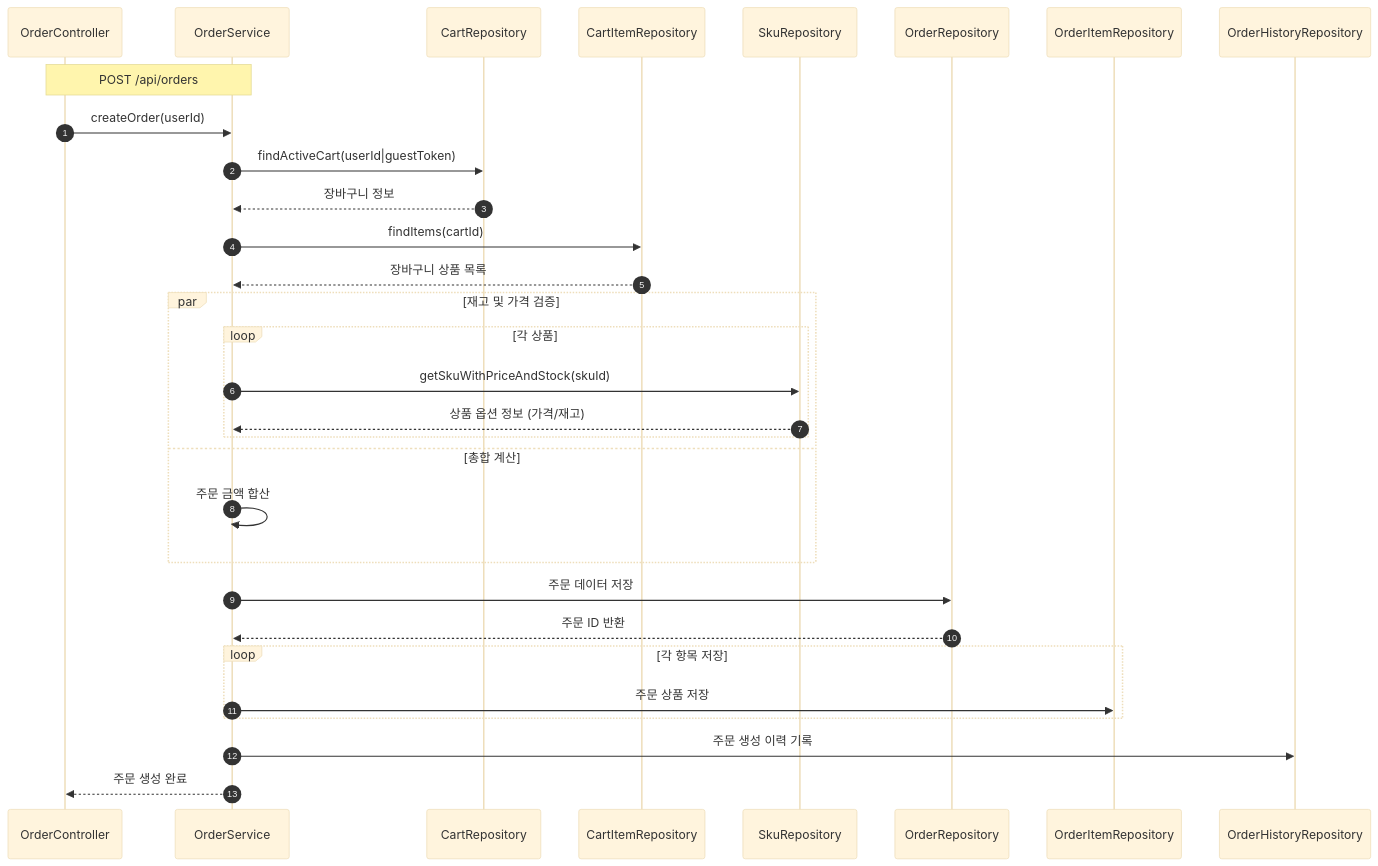
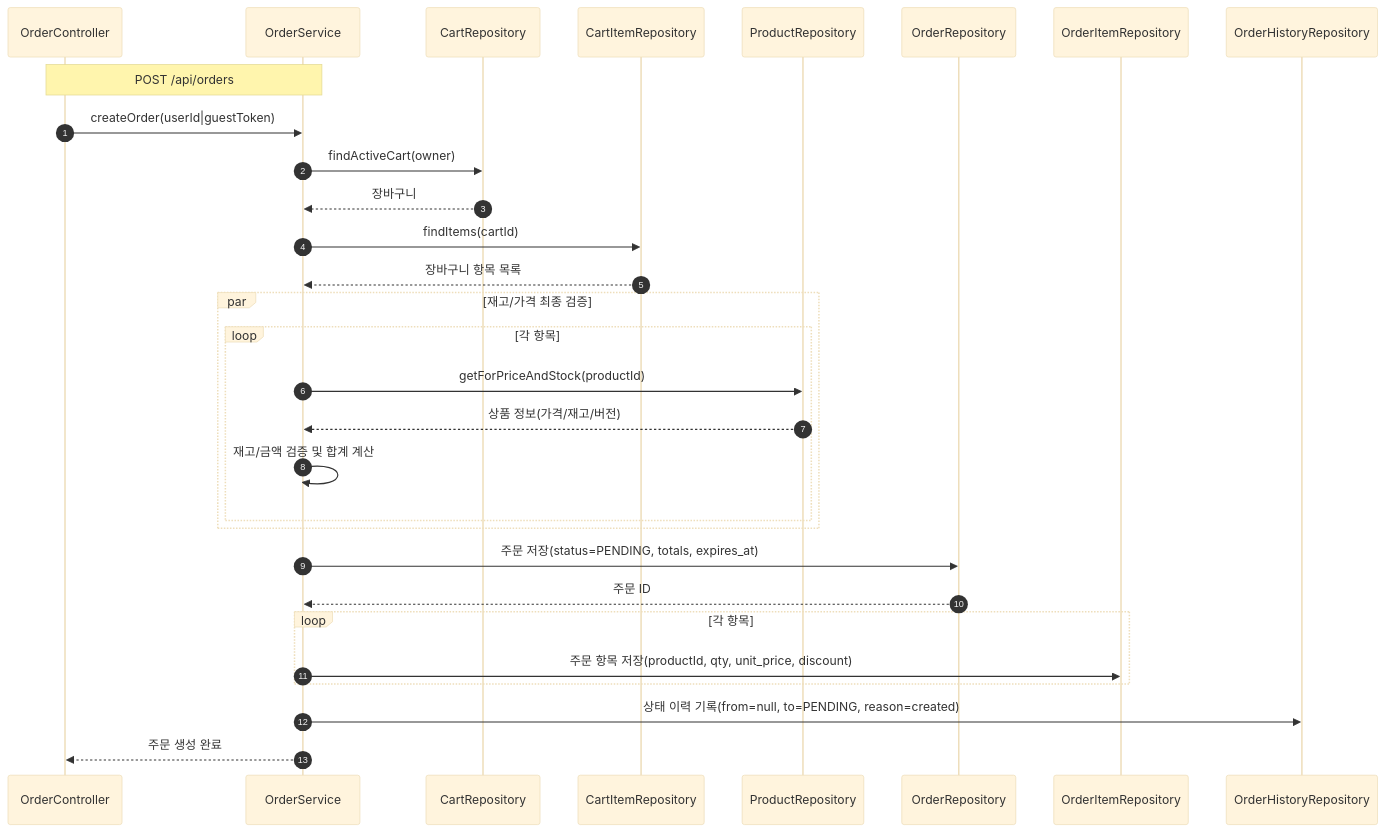
The seventh of 9 diagrams in docs/sequenceDiagram.md (namuneo/hh_plus_week2), drawn with Mermaid (base theme) before and after one commit. The commit also changed other lines of this file and 12 other files, not shown here.

````diff
--- a/docs/sequenceDiagram.md
+++ b/docs/sequenceDiagram.md
@@ -137,36 +139,36 @@
 ```mermaid
 sequenceDiagram
     autonumber
     participant OC as OrderController
     participant OS as OrderService
     participant CR as CartRepository
     participant CIR as CartItemRepository
-    participant SR as SkuRepository
+    participant PR as ProductRepository
     participant OR as OrderRepository
     participant OIR as OrderItemRepository
     participant OHR as OrderHistoryRepository
 
     Note over OC,OS: POST /api/orders
-    OC->>OS: createOrder(userId)
-    OS->>CR: findActiveCart(userId|guestToken)
-    CR-->>OS: 장바구니 정보
+    OC->>OS: createOrder(userId|guestToken)
+    OS->>CR: findActiveCart(owner)
+    CR-->>OS: 장바구니
     OS->>CIR: findItems(cartId)
-    CIR-->>OS: 장바구니 상품 목록
+    CIR-->>OS: 장바구니 항목 목록
 
-    par 재고 및 가격 검증
-        loop 각 상품
-            OS->>SR: getSkuWithPriceAndStock(skuId)
-            SR-->>OS: 상품 옵션 정보 (가격/재고)
+    par 재고/가격 최종 검증
+        loop 각 항목
+            OS->>PR: getForPriceAndStock(productId)
+            PR-->>OS: 상품 정보(가격/재고/버전)
+            OS->>OS: 재고/금액 검증 및 합계 계산
         end
-    and 총합 계산
-        OS->>OS: 주문 금액 합산
     end
 
-    OS->>OR: 주문 데이터 저장
-    OR-->>OS: 주문 ID 반환
-    loop 각 항목 저장
-        OS->>OIR: 주문 상품 저장
+    OS->>OR: 주문 저장(status=PENDING, totals, expires_at)
+    OR-->>OS: 주문 ID
+    loop 각 항목
+        OS->>OIR: 주문 항목 저장(productId, qty, unit_price, discount)
     end
-    OS->>OHR: 주문 생성 이력 기록
+    OS->>OHR: 상태 이력 기록(from=null, to=PENDING, reason=created)
     OS-->>OC: 주문 생성 완료
+
 ```
````
